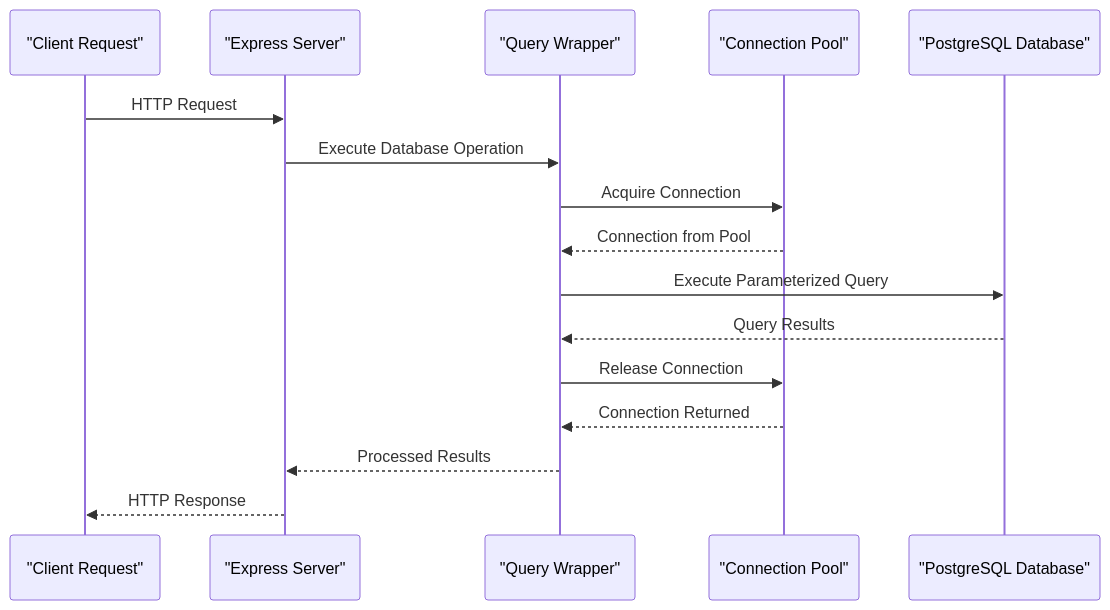
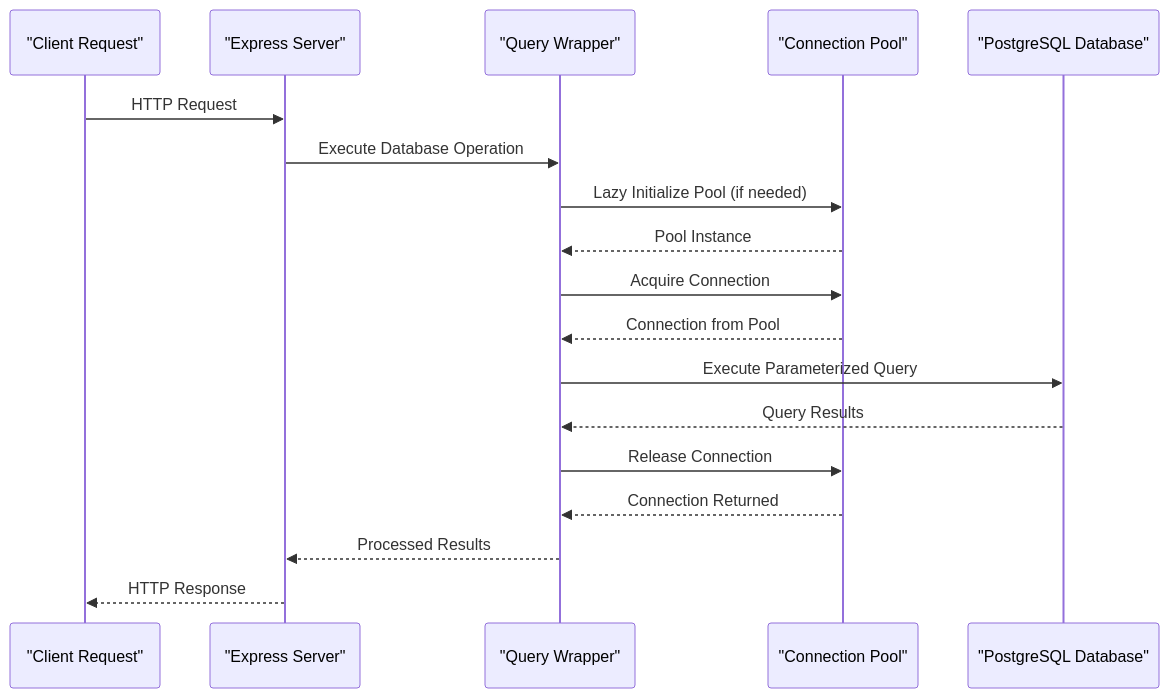
One commit to RunTimeAdmin/AgentID changed the second of 7 diagrams in .qoder/repowiki/en/content/Database Design/Connection Management.md. Above: the diagram before and after it, drawn with Mermaid. The commit also changed other lines of this file and 8 other files, not shown here.

````diff
--- a/.qoder/repowiki/en/content/Database Design/Connection Management.md
+++ b/.qoder/repowiki/en/content/Database Design/Connection Management.md
@@ -146,18 +167,20 @@
 ```mermaid
 sequenceDiagram
 participant Client as "Client Request"
 participant Server as "Express Server"
 participant Queries as "Query Wrapper"
 participant Pool as "Connection Pool"
 participant DB as "PostgreSQL Database"
 Client->>Server : HTTP Request
 Server->>Queries : Execute Database Operation
+Queries->>Pool : Lazy Initialize Pool (if needed)
+Pool-->>Queries : Pool Instance
 Queries->>Pool : Acquire Connection
 Pool-->>Queries : Connection from Pool
 Queries->>DB : Execute Parameterized Query
 DB-->>Queries : Query Results
 Queries->>Pool : Release Connection
 Pool-->>Queries : Connection Returned
 Queries-->>Server : Processed Results
 Server-->>Client : HTTP Response
 ```
````
